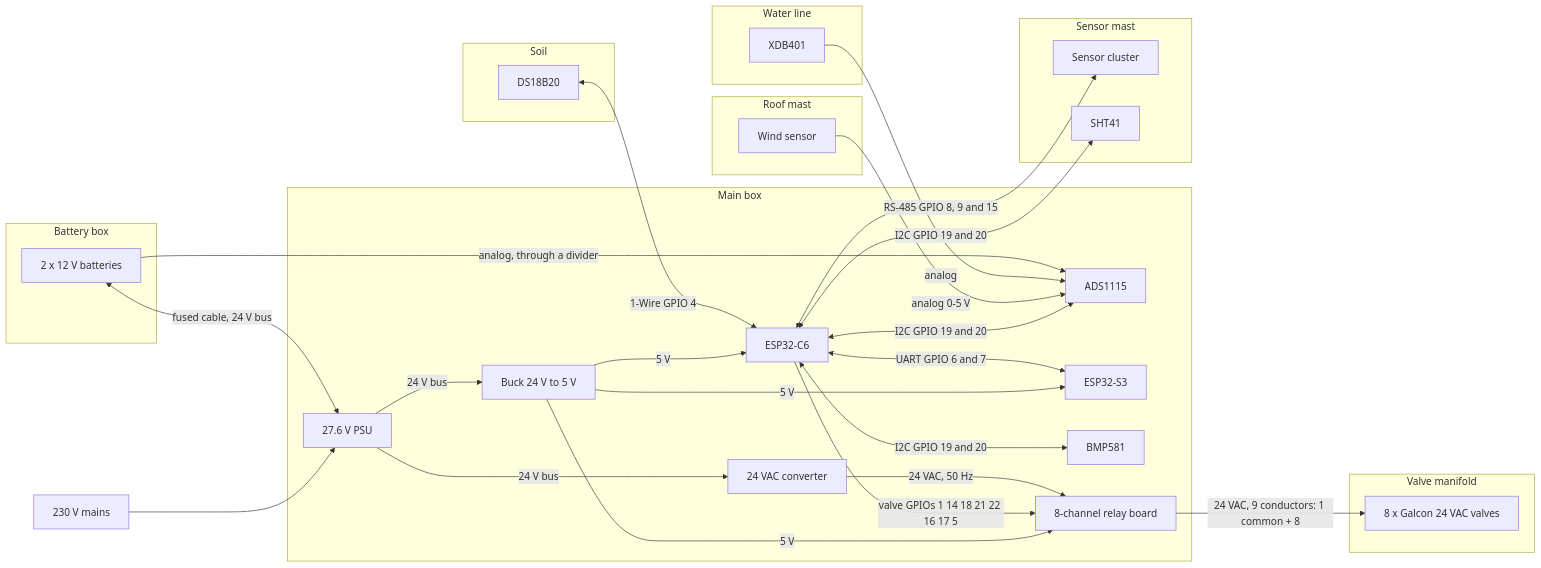
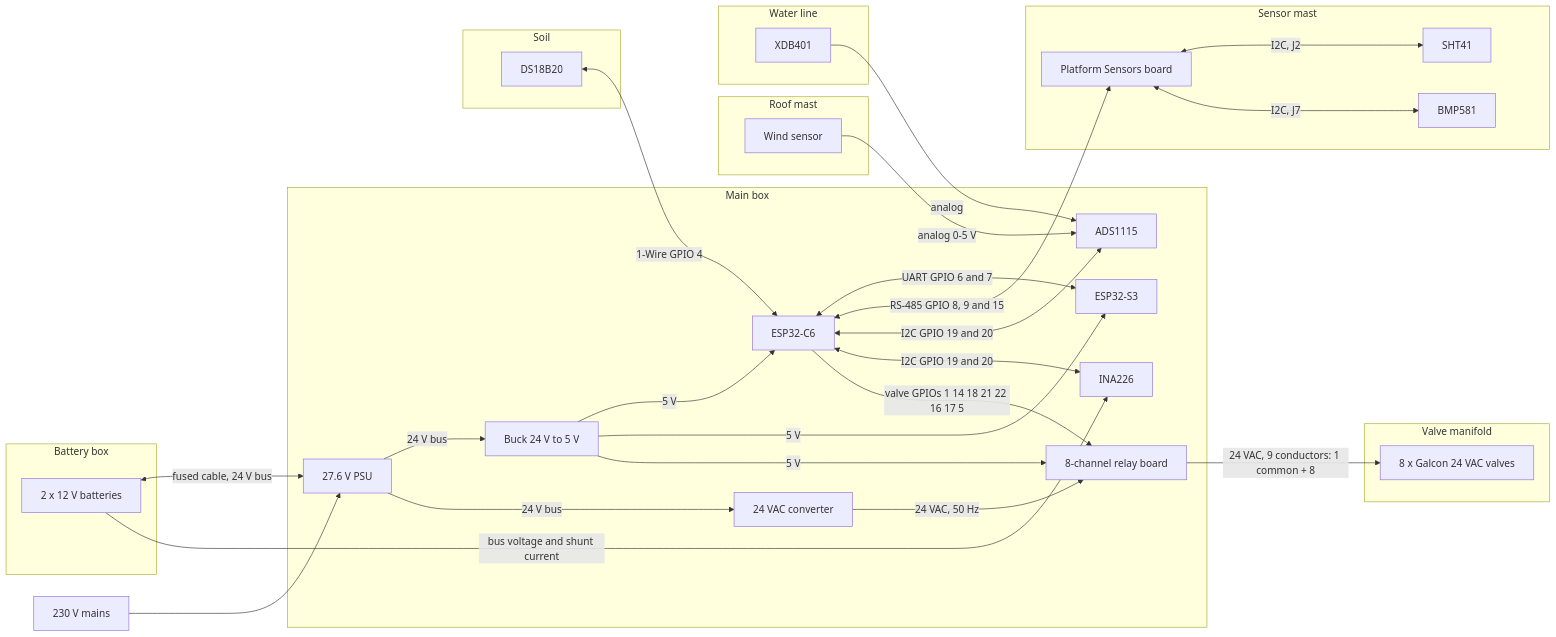
The diagram in doc/PhysicalPlacement.md (yuvalkuck/smart-irrigate), drawn with Mermaid before and after one commit. The commit also changed other lines of this file and 1 other file, not shown here.

Commit message:
continue fixing...

````diff
--- a/doc/PhysicalPlacement.md
+++ b/doc/PhysicalPlacement.md
@@ -18,60 +18,62 @@
 ```mermaid
 graph LR
     MAINS[230 V mains]
 
     subgraph MAIN["Main box"]
         PSU[27.6 V PSU]
         ADS[ADS1115]
         BUCK5[Buck 24 V to 5 V]
         CONV[24 VAC converter]
         C6[ESP32-C6]
         S3[ESP32-S3]
-        BMP[BMP581]
+        INA[INA226]
         RELAY[8-channel relay board]
     end
 
     subgraph BATBOX["Battery box"]
         BAT[2 x 12 V batteries]
     end
 
     subgraph MAST["Sensor mast"]
-        CLUSTER[Sensor cluster]
+        CLUSTER[Platform Sensors board]
         SHT[SHT41]
+        BMP[BMP581]
     end
 
     subgraph ROOF["Roof mast"]
         WIND[Wind sensor]
     end
 
     subgraph SOIL["Soil"]
         DS[DS18B20]
     end
 
     subgraph PIPE["Water line"]
         XDB[XDB401]
     end
 
     subgraph MANIFOLD["Valve manifold"]
         VALVES[8 x Galcon 24 VAC valves]
     end
 
     MAINS --> PSU
     PSU -- 24 V bus --> BUCK5
     PSU -- 24 V bus --> CONV
     BAT <-- "fused cable, 24 V bus" --> PSU
     BUCK5 -- 5 V --> C6
     BUCK5 -- 5 V --> S3
     BUCK5 -- 5 V --> RELAY
     C6 <-- "UART GPIO 6 and 7" --> S3
-    C6 <-- "I2C GPIO 19 and 20" --> BMP
     C6 <-- "RS-485 GPIO 8, 9 and 15" --> CLUSTER
-    C6 <-- "I2C GPIO 19 and 20" --> SHT
+    CLUSTER <-- "I2C, J2" --> SHT
+    CLUSTER <-- "I2C, J7" --> BMP
     C6 <-- "I2C GPIO 19 and 20" --> ADS
+    C6 <-- "I2C GPIO 19 and 20" --> INA
     WIND -- "analog 0-5 V" --> ADS
     XDB -- "analog" --> ADS
-    BAT -- "analog, through a divider" --> ADS
+    BAT -- "bus voltage and shunt current" --> INA
     DS <-- "1-Wire GPIO 4" --> C6
     C6 -- "valve GPIOs 1 14 18 21 22 16 17 5" --> RELAY
     CONV -- "24 VAC, 50 Hz" --> RELAY
     RELAY -- "24 VAC, 9 conductors: 1 common + 8" --> VALVES
 ```
````
